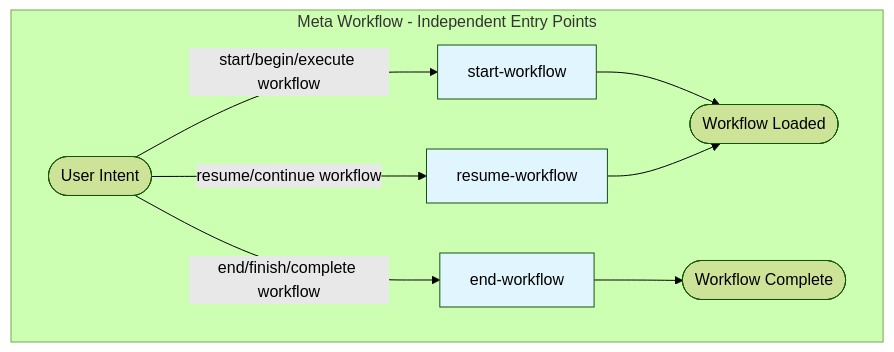
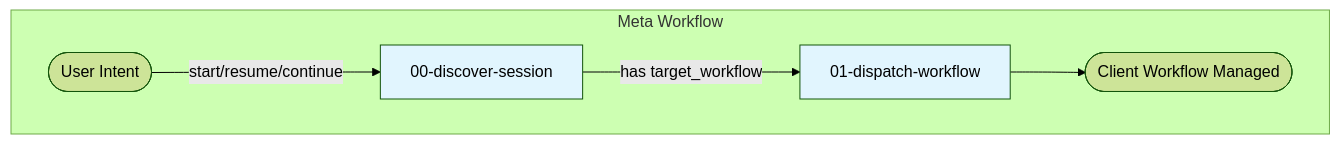
Before and after one commit to m2ux/workflow-server: the second of 5 diagrams in meta/README.md, drawn with Mermaid (forest theme). The commit also changed other lines of this file and 210 other files, not shown here.

First line of the commit message:
feat: hierarchical dispatch, orchestrator/worker pattern, and workflow improvements

````diff
--- a/meta/README.md
+++ b/meta/README.md
@@ -16,18 +66,15 @@
 ```mermaid
 graph TD
-    subgraph meta[Meta Workflow - Independent Entry Points]
+    subgraph meta[Meta Workflow]
         Start([User Intent])
         
-        Start -->|"start/begin/execute workflow"| SW[start-workflow]
-        Start -->|"resume/continue workflow"| RW[resume-workflow]
-        Start -->|"end/finish/complete workflow"| EW[end-workflow]
+        Start -->|"start/resume/continue"| DS[00-discover-session]
         
-        SW --> WF([Workflow Loaded])
-        RW --> WF
-        EW --> Done([Workflow Complete])
+        DS -->|"has target_workflow"| DW[01-dispatch-workflow]
+        
+        DW --> Done([Client Workflow Managed])
     end
     
-    style SW fill:#e1f5fe
-    style RW fill:#e1f5fe
-    style EW fill:#e1f5fe
+    style DS fill:#e1f5fe
+    style DW fill:#e1f5fe
 ```
````
